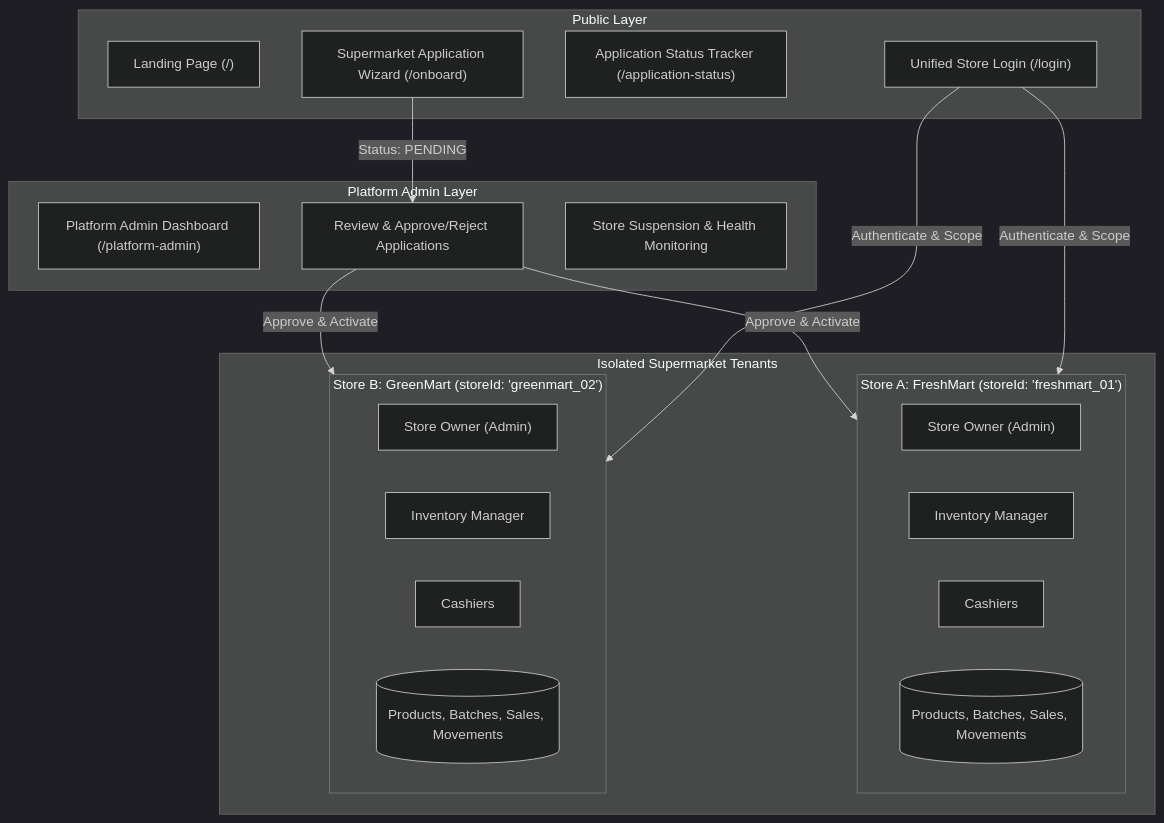
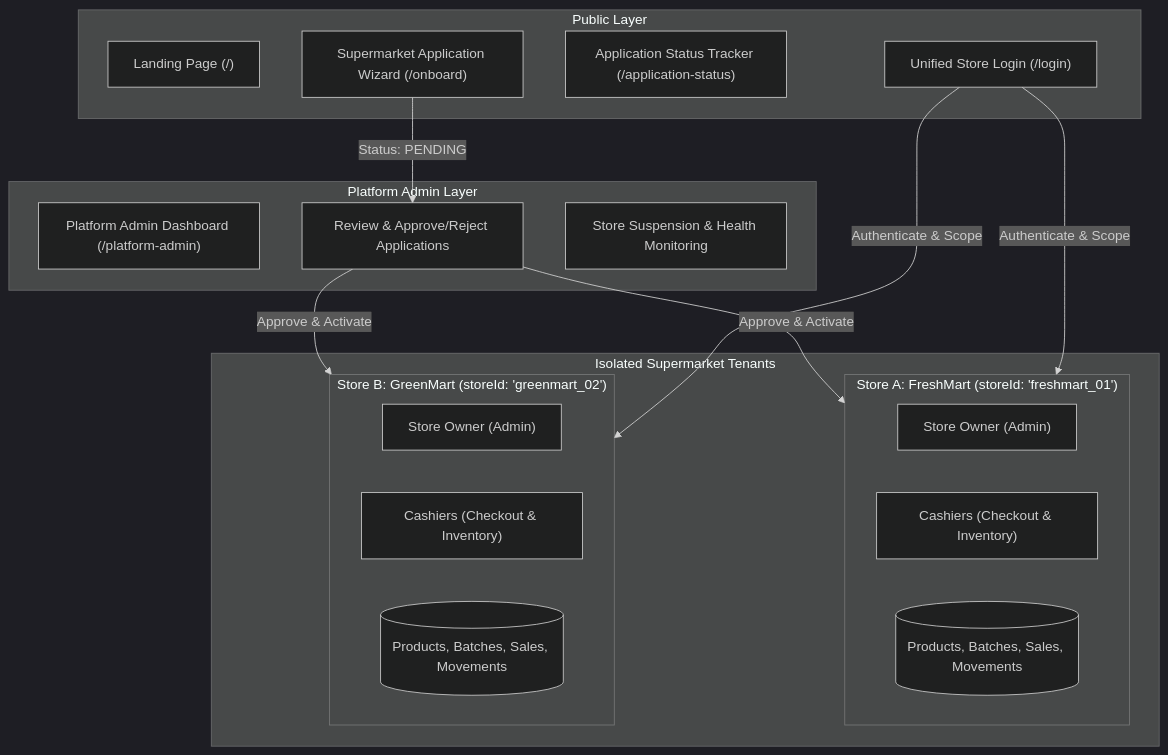
One commit to Sharmila07106/pos-system changed the first of 3 diagrams in docs/ARCHITECTURE.md. Above: the diagram before and after it, drawn with Mermaid (dark theme). The commit also changed other lines of this file and 24 other files, not shown here.

Commit message:
feat(roles): completely remove inventory manager role across frontend, backend and docs, and add migration script

````diff
--- a/docs/ARCHITECTURE.md
+++ b/docs/ARCHITECTURE.md
@@ -12,37 +12,35 @@
 ```mermaid
 flowchart TD
     subgraph Public["Public Layer"]
         Landing["Landing Page (/)"]
         Apply["Supermarket Application Wizard (/onboard)"]
         Track["Application Status Tracker (/application-status)"]
         Login["Unified Store Login (/login)"]
     end
 
     subgraph PlatformAdmin["Platform Admin Layer"]
         PA_Portal["Platform Admin Dashboard (/platform-admin)"]
         AppReview["Review & Approve/Reject Applications"]
         StoreMgmt["Store Suspension & Health Monitoring"]
     end
 
     subgraph StoreTenants["Isolated Supermarket Tenants"]
         subgraph StoreA["Store A: FreshMart (storeId: 'freshmart_01')"]
             OwnerA["Store Owner (Admin)"]
-            InvA["Inventory Manager"]
-            CashierA["Cashiers"]
+            CashierA["Cashiers (Checkout & Inventory)"]
             DataA[("Products, Batches, Sales, Movements")]
         end
 
         subgraph StoreB["Store B: GreenMart (storeId: 'greenmart_02')"]
             OwnerB["Store Owner (Admin)"]
-            InvB["Inventory Manager"]
-            CashierB["Cashiers"]
+            CashierB["Cashiers (Checkout & Inventory)"]
             DataB[("Products, Batches, Sales, Movements")]
         end
     end
 
     Apply -->|"Status: PENDING"| AppReview
     AppReview -->|"Approve & Activate"| StoreA
     AppReview -->|"Approve & Activate"| StoreB
     Login -->|"Authenticate & Scope"| StoreA
     Login -->|"Authenticate & Scope"| StoreB
 ```
````
